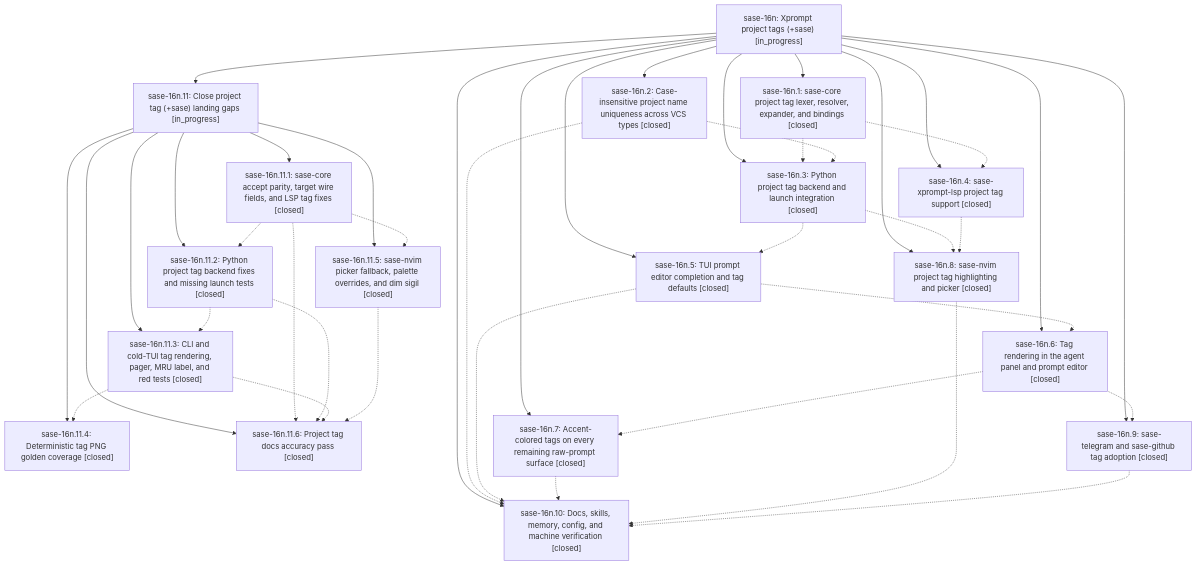
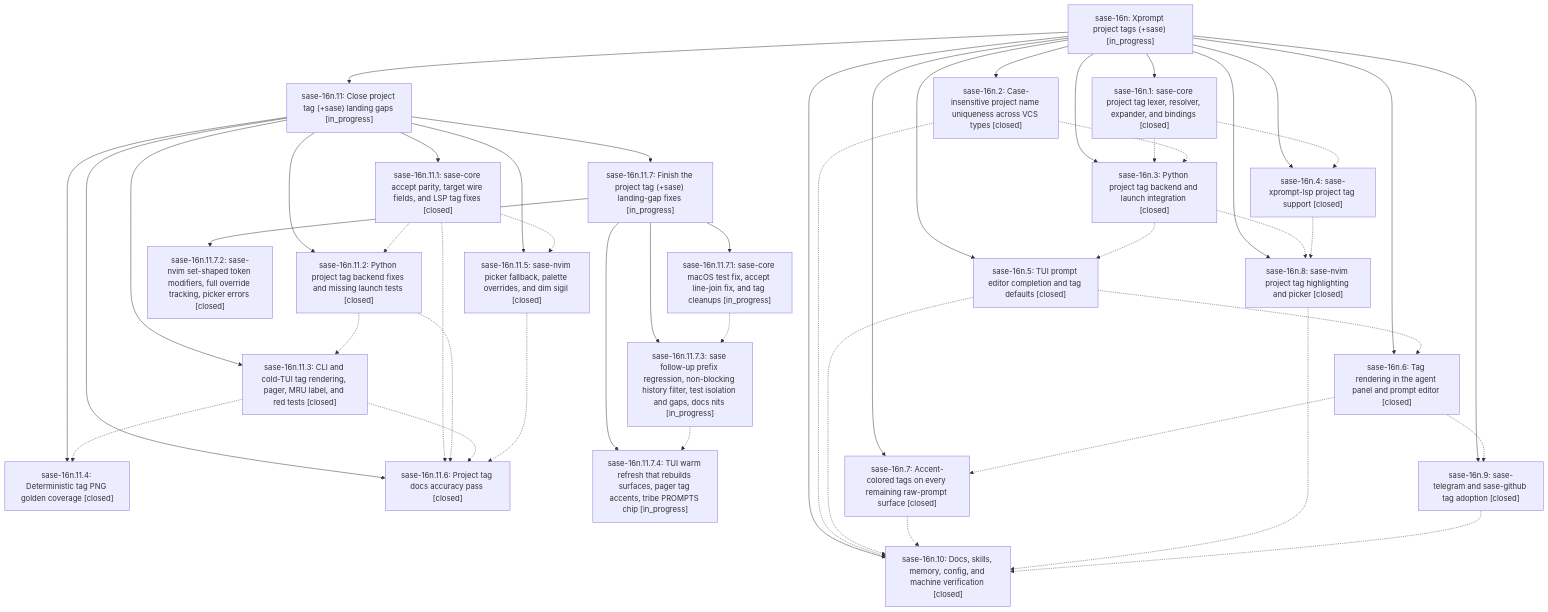
One commit to sase-org/sase--beads changed the diagram in pages/sase-16n/README.md. Above: the diagram before and after it, drawn with Mermaid. The commit also changed other lines of this file and 9 other files, not shown here.

````diff
--- a/pages/sase-16n/README.md
+++ b/pages/sase-16n/README.md
@@ -35,60 +35,72 @@
 ```mermaid
 flowchart TD
     n0["sase-16n: Xprompt project tags (+sase) [in_progress]"]
     n1["sase-16n.1: sase-core project tag lexer, resolver, expander, and bindings [closed]"]
     n2["sase-16n.10: Docs, skills, memory, config, and machine verification [closed]"]
     n3["sase-16n.11: Close project tag (+sase) landing gaps [in_progress]"]
     n4["sase-16n.11.1: sase-core accept parity, target wire fields, and LSP tag fixes [closed]"]
     n5["sase-16n.11.2: Python project tag backend fixes and missing launch tests [closed]"]
     n6["sase-16n.11.3: CLI and cold-TUI tag rendering, pager, MRU label, and red tests [closed]"]
     n7["sase-16n.11.4: Deterministic tag PNG golden coverage [closed]"]
     n8["sase-16n.11.5: sase-nvim picker fallback, palette overrides, and dim sigil [closed]"]
     n9["sase-16n.11.6: Project tag docs accuracy pass [closed]"]
-    n10["sase-16n.2: Case-insensitive project name uniqueness across VCS types [closed]"]
-    n11["sase-16n.3: Python project tag backend and launch integration [closed]"]
-    n12["sase-16n.4: sase-xprompt-lsp project tag support [closed]"]
-    n13["sase-16n.5: TUI prompt editor completion and tag defaults [closed]"]
-    n14["sase-16n.6: Tag rendering in the agent panel and prompt editor [closed]"]
-    n15["sase-16n.7: Accent-colored tags on every remaining raw-prompt surface [closed]"]
-    n16["sase-16n.8: sase-nvim project tag highlighting and picker [closed]"]
-    n17["sase-16n.9: sase-telegram and sase-github tag adoption [closed]"]
+    n10["sase-16n.11.7: Finish the project tag (+sase) landing-gap fixes [in_progress]"]
+    n11["sase-16n.11.7.1: sase-core macOS test fix, accept line-join fix, and tag cleanups [in_progress]"]
+    n12["sase-16n.11.7.2: sase-nvim set-shaped token modifiers, full override tracking, picker errors [closed]"]
+    n13["sase-16n.11.7.3: sase follow-up prefix regression, non-blocking history filter, test isolation and gaps, docs nits [in_progress]"]
+    n14["sase-16n.11.7.4: TUI warm refresh that rebuilds surfaces, pager tag accents, tribe PROMPTS chip [in_progress]"]
+    n15["sase-16n.2: Case-insensitive project name uniqueness across VCS types [closed]"]
+    n16["sase-16n.3: Python project tag backend and launch integration [closed]"]
+    n17["sase-16n.4: sase-xprompt-lsp project tag support [closed]"]
+    n18["sase-16n.5: TUI prompt editor completion and tag defaults [closed]"]
+    n19["sase-16n.6: Tag rendering in the agent panel and prompt editor [closed]"]
+    n20["sase-16n.7: Accent-colored tags on every remaining raw-prompt surface [closed]"]
+    n21["sase-16n.8: sase-nvim project tag highlighting and picker [closed]"]
+    n22["sase-16n.9: sase-telegram and sase-github tag adoption [closed]"]
     n0 --> n1
     n0 --> n2
     n0 --> n3
     n3 --> n4
     n3 --> n5
     n3 --> n6
     n3 --> n7
     n3 --> n8
     n3 --> n9
-    n0 --> n10
-    n0 --> n11
-    n0 --> n12
-    n0 --> n13
-    n0 --> n14
+    n3 --> n10
+    n10 --> n11
+    n10 --> n12
+    n10 --> n13
+    n10 --> n14
     n0 --> n15
     n0 --> n16
     n0 --> n17
-    n1 -.-> n11
-    n1 -.-> n12
+    n0 --> n18
+    n0 --> n19
+    n0 --> n20
+    n0 --> n21
+    n0 --> n22
+    n1 -.-> n16
+    n1 -.-> n17
     n4 -.-> n5
     n4 -.-> n8
     n4 -.-> n9
     n5 -.-> n6
     n5 -.-> n9
     n6 -.-> n7
     n6 -.-> n9
     n8 -.-> n9
-    n10 -.-> n2
-    n10 -.-> n11
     n11 -.-> n13
-    n11 -.-> n16
-    n12 -.-> n16
-    n13 -.-> n2
     n13 -.-> n14
-    n14 -.-> n15
-    n14 -.-> n17
     n15 -.-> n2
-    n16 -.-> n2
-    n17 -.-> n2
+    n15 -.-> n16
+    n16 -.-> n18
+    n16 -.-> n21
+    n17 -.-> n21
+    n18 -.-> n2
+    n18 -.-> n19
+    n19 -.-> n20
+    n19 -.-> n22
+    n20 -.-> n2
+    n21 -.-> n2
+    n22 -.-> n2
 ```
````
